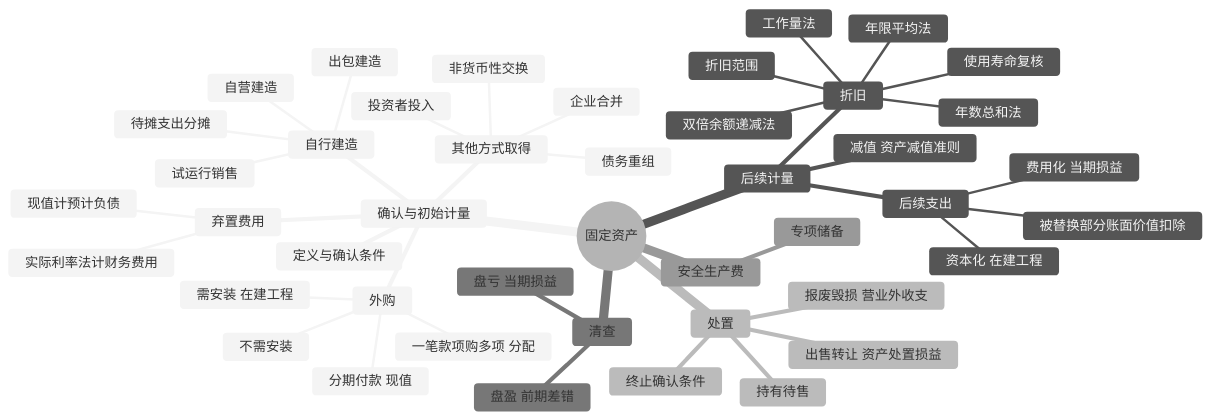
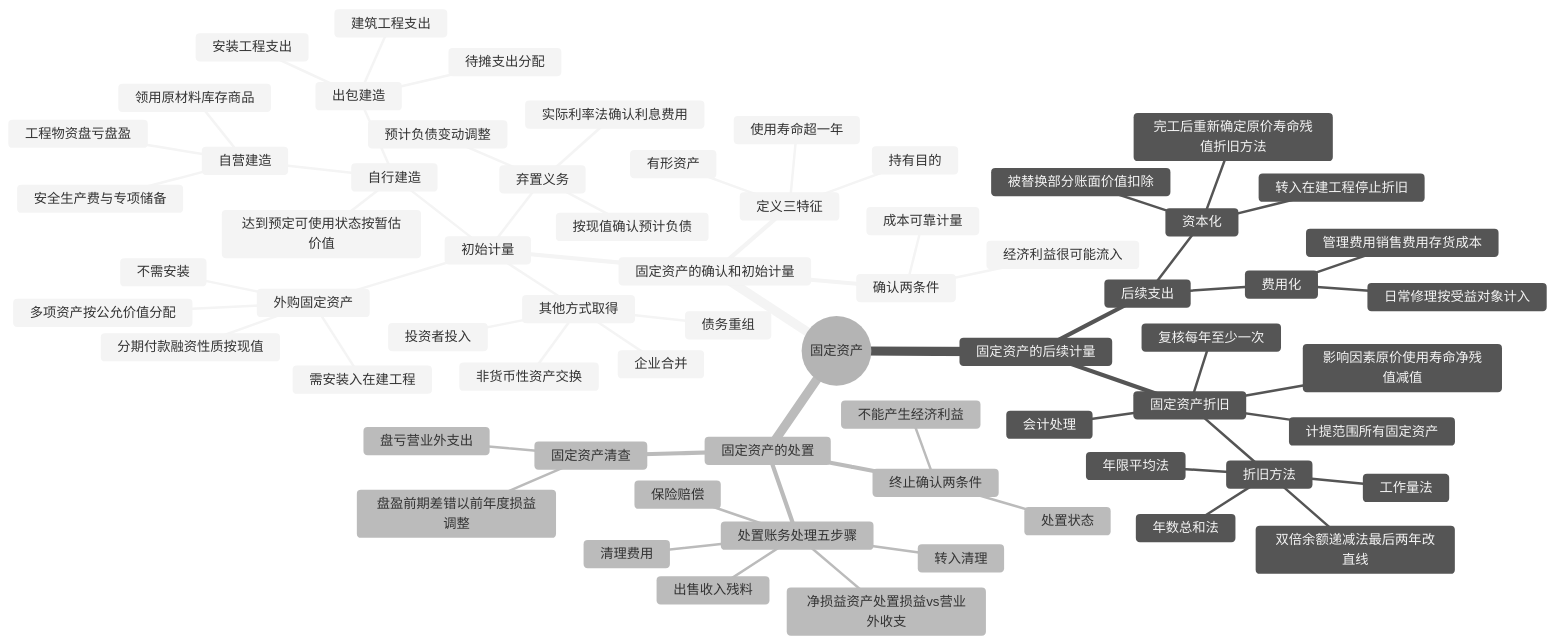
Before and after one commit to 106-official/deepsleep-blog: the diagram in content/learn/cpa/02-accounting/03-fixed-assets.md, drawn with Mermaid (neutral theme). The commit also changed other lines of this file and 149 other files, not shown here.

````diff
--- a/content/learn/cpa/02-accounting/03-fixed-assets.md
+++ b/content/learn/cpa/02-accounting/03-fixed-assets.md
@@ -33,47 +60,69 @@
 ```mermaid
 mindmap
   root((固定资产))
-    确认与初始计量
-      定义与确认条件
-      外购
-        不需安装
-        需安装 在建工程
-        一笔款项购多项 分配
-        分期付款 现值
-      自行建造
-        自营建造
-        出包建造
-        待摊支出分摊
-        试运行销售
-      弃置费用
-        现值计预计负债
-        实际利率法计财务费用
-      其他方式取得
-        投资者投入
-        非货币性交换
-        债务重组
-        企业合并
-    后续计量
-      折旧
-        年限平均法
-        工作量法
-        双倍余额递减法
-        年数总和法
-        折旧范围
-        使用寿命复核
-      减值 资产减值准则
+    固定资产的确认和初始计量
+      定义三特征
+        持有目的
+        使用寿命超一年
+        有形资产
+      确认两条件
+        经济利益很可能流入
+        成本可靠计量
+      初始计量
+        外购固定资产
+          不需安装
+          需安装入在建工程
+          多项资产按公允价值分配
+          分期付款融资性质按现值
+        自行建造
+          自营建造
+            工程物资盘亏盘盈
+            领用原材料库存商品
+            安全生产费与专项储备
+          出包建造
+            建筑工程支出
+            安装工程支出
+            待摊支出分配
+          达到预定可使用状态按暂估价值
+        其他方式取得
+          投资者投入
+          非货币性资产交换
+          债务重组
+          企业合并
+        弃置义务
+          按现值确认预计负债
+          实际利率法确认利息费用
+          预计负债变动调整
+    固定资产的后续计量
+      固定资产折旧
+        影响因素原价使用寿命净残值减值
+        计提范围所有固定资产
+        折旧方法
+          年限平均法
+          工作量法
+          双倍余额递减法最后两年改直线
+          年数总和法
+        复核每年至少一次
+        会计处理
       后续支出
-        资本化 在建工程
-        费用化 当期损益
-        被替换部分账面价值扣除
-    处置
-      终止确认条件
-      出售转让 资产处置损益
-      报废毁损 营业外收支
-      持有待售
-    清查
-      盘盈 前期差错
-      盘亏 当期损益
-    安全生产费
-      专项储备
+        资本化
+          转入在建工程停止折旧
+          被替换部分账面价值扣除
+          完工后重新确定原价寿命残值折旧方法
+        费用化
+          日常修理按受益对象计入
+          管理费用销售费用存货成本
+    固定资产的处置
+      终止确认两条件
+        处置状态
+        不能产生经济利益
+      处置账务处理五步骤
+        转入清理
+        清理费用
+        出售收入残料
+        保险赔偿
+        净损益资产处置损益vs营业外收支
+      固定资产清查
+        盘盈前期差错以前年度损益调整
+        盘亏营业外支出
 ```
````
